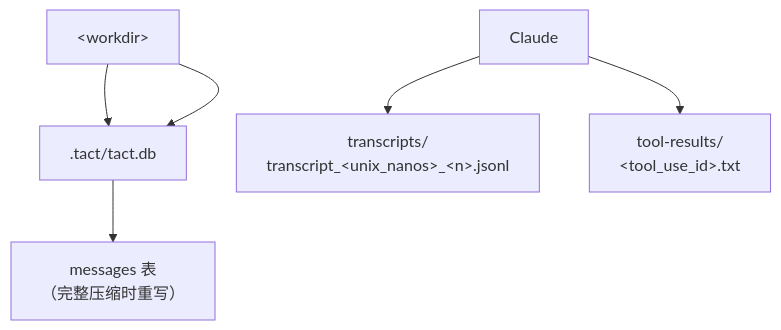
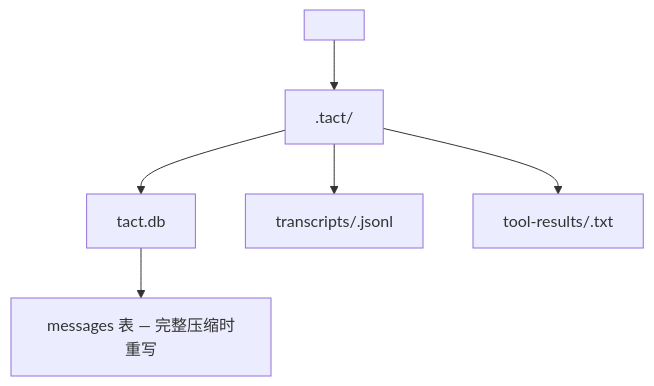
Diagram 14 of 15 in book/05_chapter_compact_zh.md (rust-infra/tact), drawn with Mermaid before and after one commit. The commit also changed other lines of this file and 303 other files, not shown here.

````diff
--- a/book/05_chapter_compact_zh.md
+++ b/book/05_chapter_compact_zh.md
@@ -678,9 +617,8 @@
 ```mermaid
-flowchart TB
-    WD["&lt;workdir&gt;"]
-    WD --> Tact[".tact/"]
-    Claude --> TR["transcripts/<br/>transcript_&lt;unix_nanos&gt;_&lt;n&gt;.jsonl"]
-    Claude --> OR["tool-results/<br/>&lt;tool_use_id&gt;.txt"]
-    WD --> Tact[".tact/tact.db"]
-    Tact --> Msg["messages 表<br/>（完整压缩时重写）"]
+graph TD
+    a_wd[<workdir>] --> b_tact[.tact/]
+    b_tact --> c_db[tact.db]
+    c_db --> d_msg[messages 表 — 完整压缩时重写]
+    b_tact --> e_tr[transcripts/<ts>.jsonl]
+    b_tact --> f_or[tool-results/<id>.txt]
 ```
````
